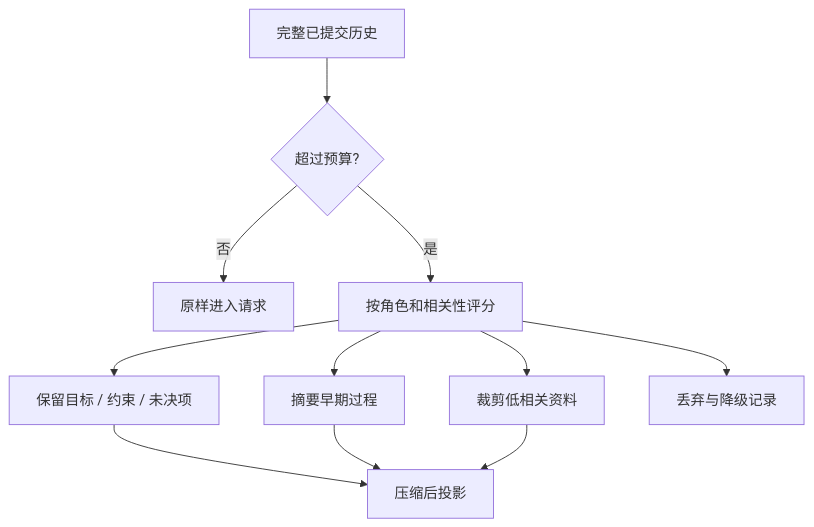
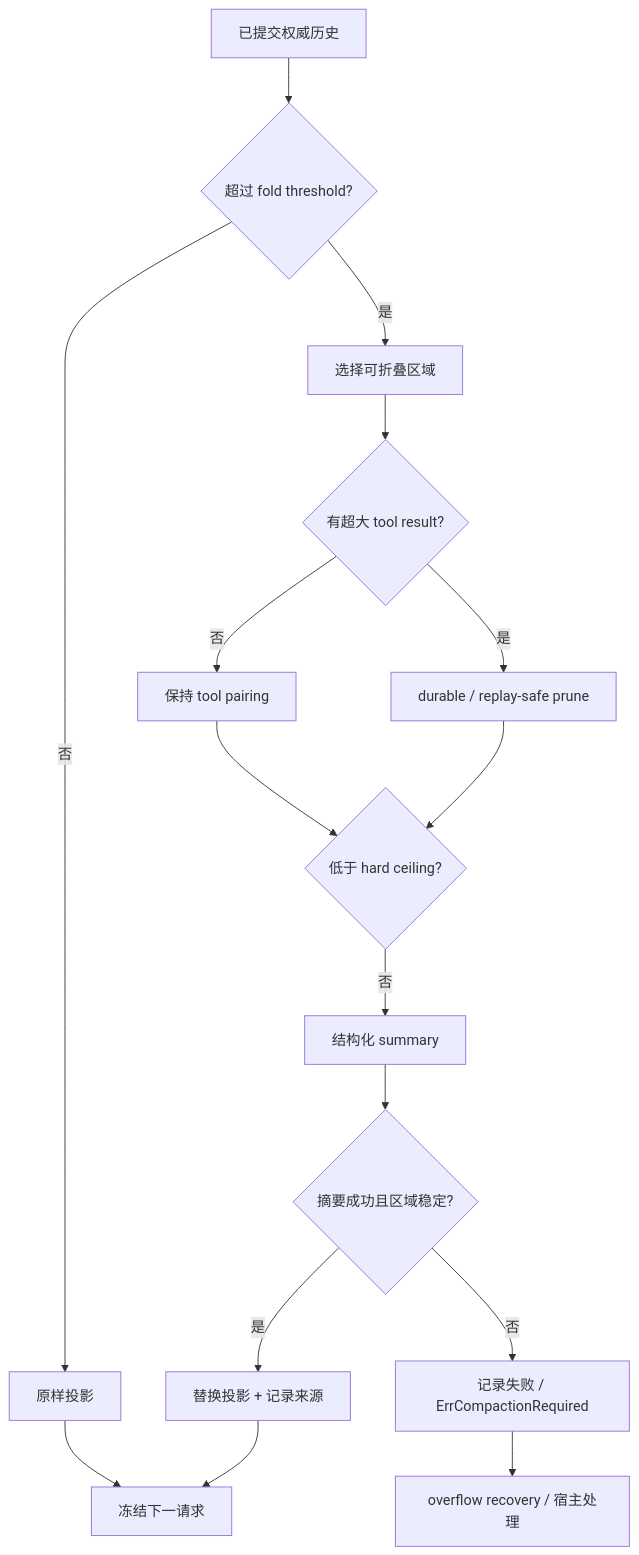
The first of 2 diagrams in tutorial/zh-CN/02-harness-mechanics/context-compression.md (xiaoslin9153/awesome-agent-harness-tutorial), drawn with Mermaid before and after one commit. The commit also changed other lines of this file and 3 other files, not shown here.

````diff
--- a/tutorial/zh-CN/02-harness-mechanics/context-compression.md
+++ b/tutorial/zh-CN/02-harness-mechanics/context-compression.md
@@ -34,13 +55,18 @@
 ```mermaid
 flowchart TD
-  A[完整已提交历史] --> B{超过预算?}
-  B -- 否 --> C[原样进入请求]
-  B -- 是 --> D[按角色和相关性评分]
-  D --> E[保留目标 / 约束 / 未决项]
-  D --> F[摘要早期过程]
-  D --> G[裁剪低相关资料]
-  E --> H[压缩后投影]
-  F --> H
+  A[已提交权威历史] --> B{超过 fold threshold?}
+  B -- 否 --> C[原样投影]
+  B -- 是 --> D[选择可折叠区域]
+  D --> E{有超大 tool result?}
+  E -- 是 --> F[durable / replay-safe prune]
+  E -- 否 --> G[保持 tool pairing]
+  F --> H{低于 hard ceiling?}
   G --> H
-  D --> I[丢弃与降级记录]
+  H -- 否 --> I[结构化 summary]
+  I --> J{摘要成功且区域稳定?}
+  J -- 否 --> K[记录失败 / ErrCompactionRequired]
+  J -- 是 --> L[替换投影 + 记录来源]
+  L --> M[冻结下一请求]
+  C --> M
+  K --> N[overflow recovery / 宿主处理]
 ```
````
